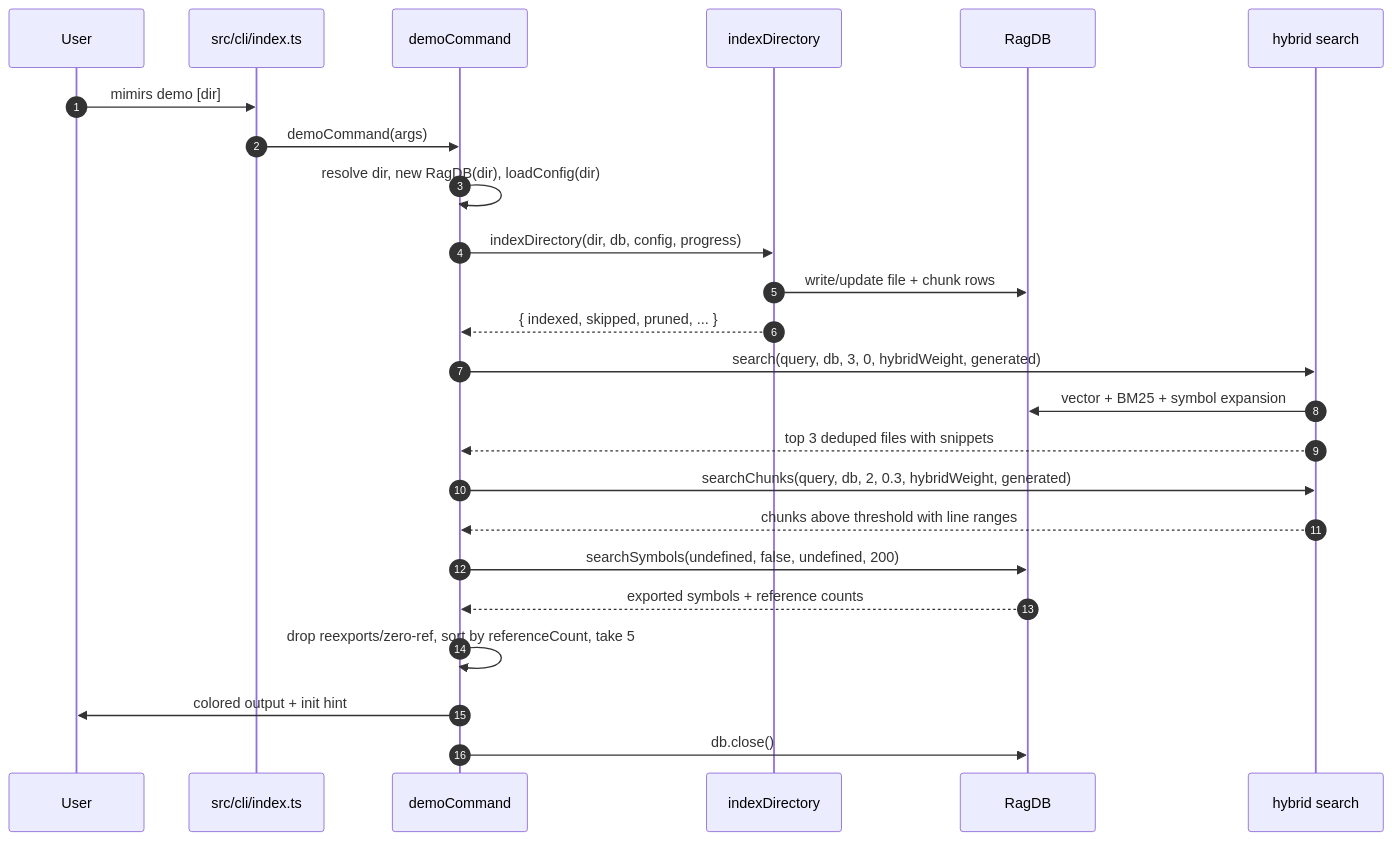
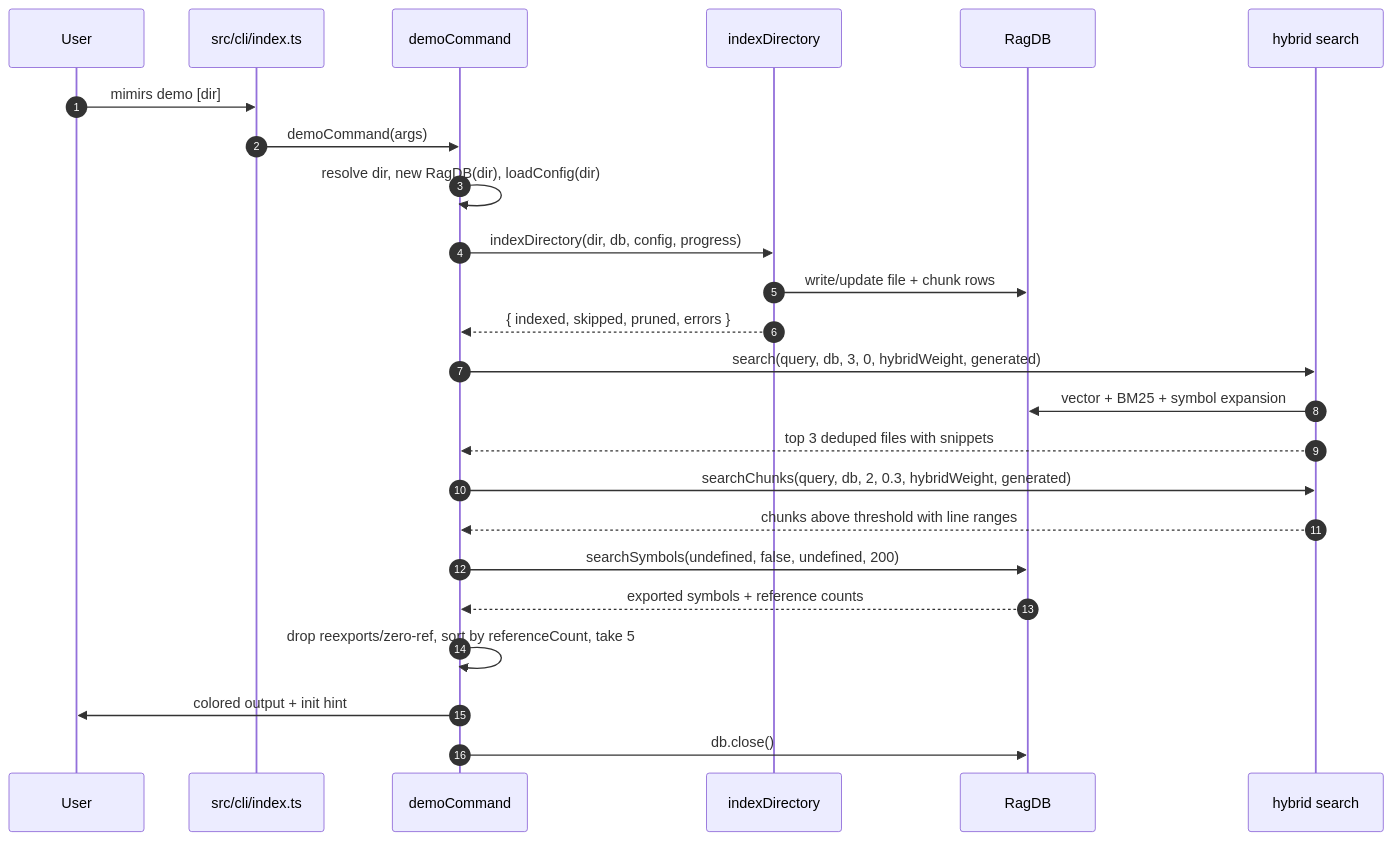
The diagram in wiki/cli/demo.md (TheWinci/mimirs), drawn with Mermaid before and after one commit. The commit also changed other lines of this file and 58 other files, not shown here.

````diff
--- a/wiki/cli/demo.md
+++ b/wiki/cli/demo.md
@@ -15,26 +15,26 @@
 ```mermaid
 sequenceDiagram
   autonumber
   participant User
   participant Router as src/cli/index.ts
   participant Handler as demoCommand
   participant Indexer as indexDirectory
   participant DB as RagDB
   participant Search as hybrid search
   User->>Router: mimirs demo [dir]
   Router->>Handler: demoCommand(args)
   Handler->>Handler: resolve dir, new RagDB(dir), loadConfig(dir)
   Handler->>Indexer: indexDirectory(dir, db, config, progress)
   Indexer->>DB: write/update file + chunk rows
-  Indexer-->>Handler: { indexed, skipped, pruned, ... }
+  Indexer-->>Handler: { indexed, skipped, pruned, errors }
   Handler->>Search: search(query, db, 3, 0, hybridWeight, generated)
   Search->>DB: vector + BM25 + symbol expansion
   Search-->>Handler: top 3 deduped files with snippets
   Handler->>Search: searchChunks(query, db, 2, 0.3, hybridWeight, generated)
   Search-->>Handler: chunks above threshold with line ranges
   Handler->>DB: searchSymbols(undefined, false, undefined, 200)
   DB-->>Handler: exported symbols + reference counts
   Handler->>Handler: drop reexports/zero-ref, sort by referenceCount, take 5
   Handler->>User: colored output + init hint
   Handler->>DB: db.close()
 ```
````
